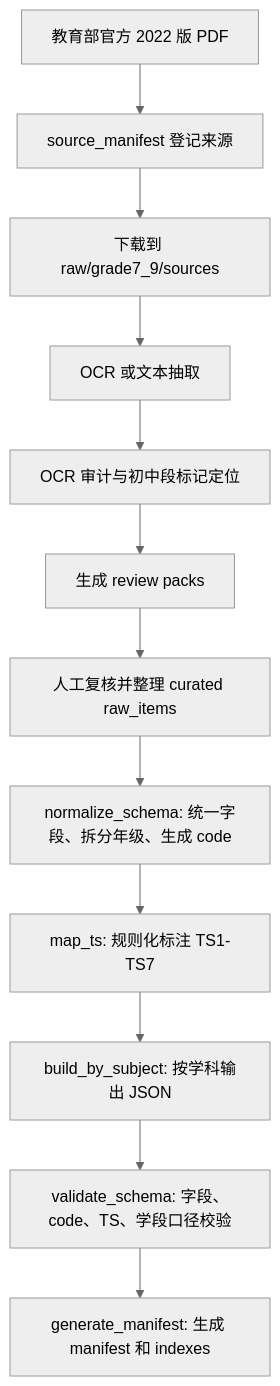
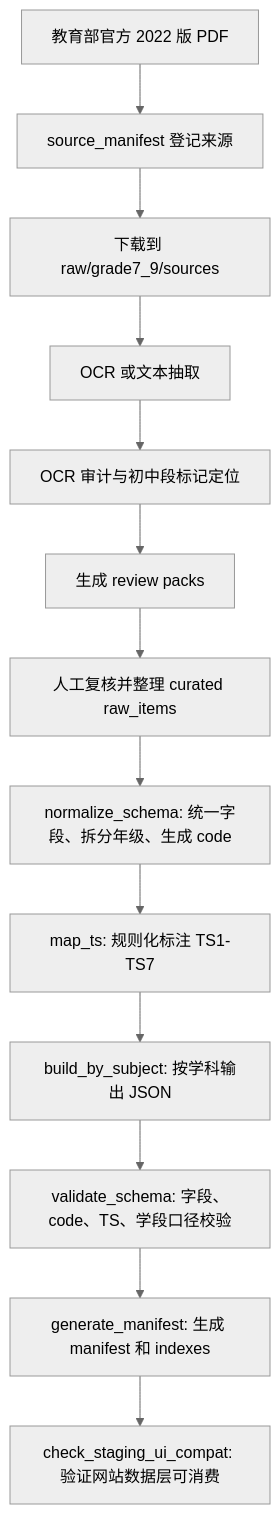
Before and after one commit to NBrangerF/curriculum-standards-breakdown: the diagram in docs/CURRICULUM_STANDARD_BREAKDOWN_METHOD_CURRENT.md, drawn with Mermaid (neutral theme). The commit also changed other lines of this file and 12 other files, not shown here.

Commit message:
test: add staging UI compatibility check

````diff
--- a/docs/CURRICULUM_STANDARD_BREAKDOWN_METHOD_CURRENT.md
+++ b/docs/CURRICULUM_STANDARD_BREAKDOWN_METHOD_CURRENT.md
@@ -159,14 +159,15 @@
 ```mermaid
 flowchart TD
   A["教育部官方 2022 版 PDF"] --> B["source_manifest 登记来源"]
   B --> C["下载到 raw/grade7_9/sources"]
   C --> D["OCR 或文本抽取"]
   D --> E["OCR 审计与初中段标记定位"]
   E --> F["生成 review packs"]
   F --> G["人工复核并整理 curated raw_items"]
   G --> H["normalize_schema: 统一字段、拆分年级、生成 code"]
   H --> I["map_ts: 规则化标注 TS1-TS7"]
   I --> J["build_by_subject: 按学科输出 JSON"]
   J --> K["validate_schema: 字段、code、TS、学段口径校验"]
   K --> L["generate_manifest: 生成 manifest 和 indexes"]
+  L --> M["check_staging_ui_compat: 验证网站数据层可消费"]
 ```
````
